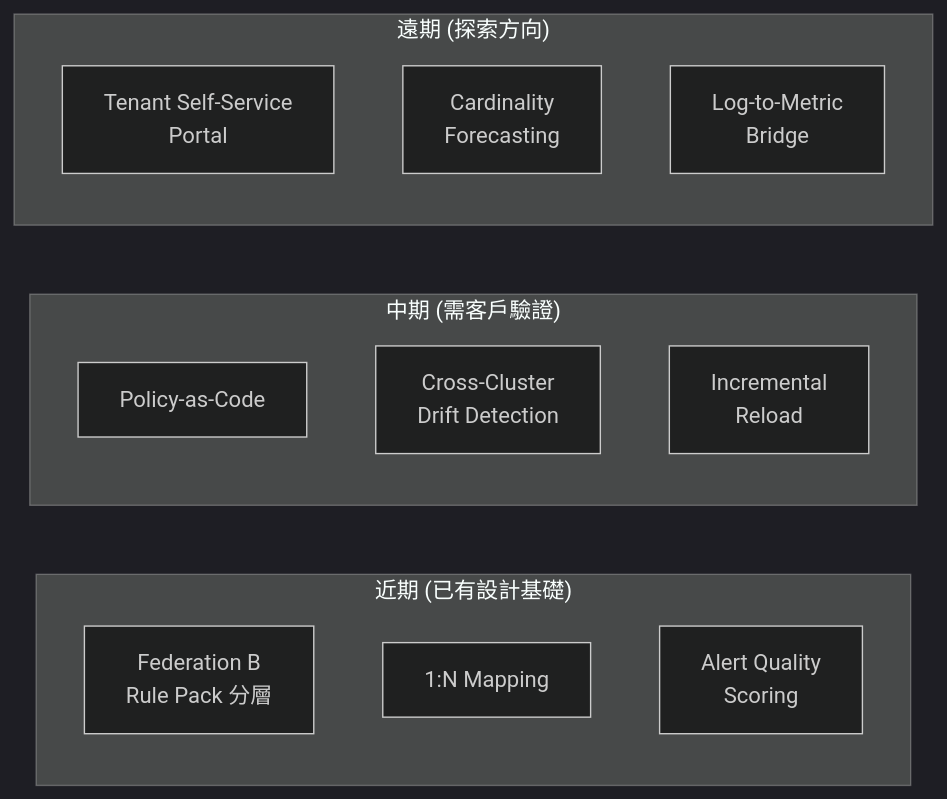
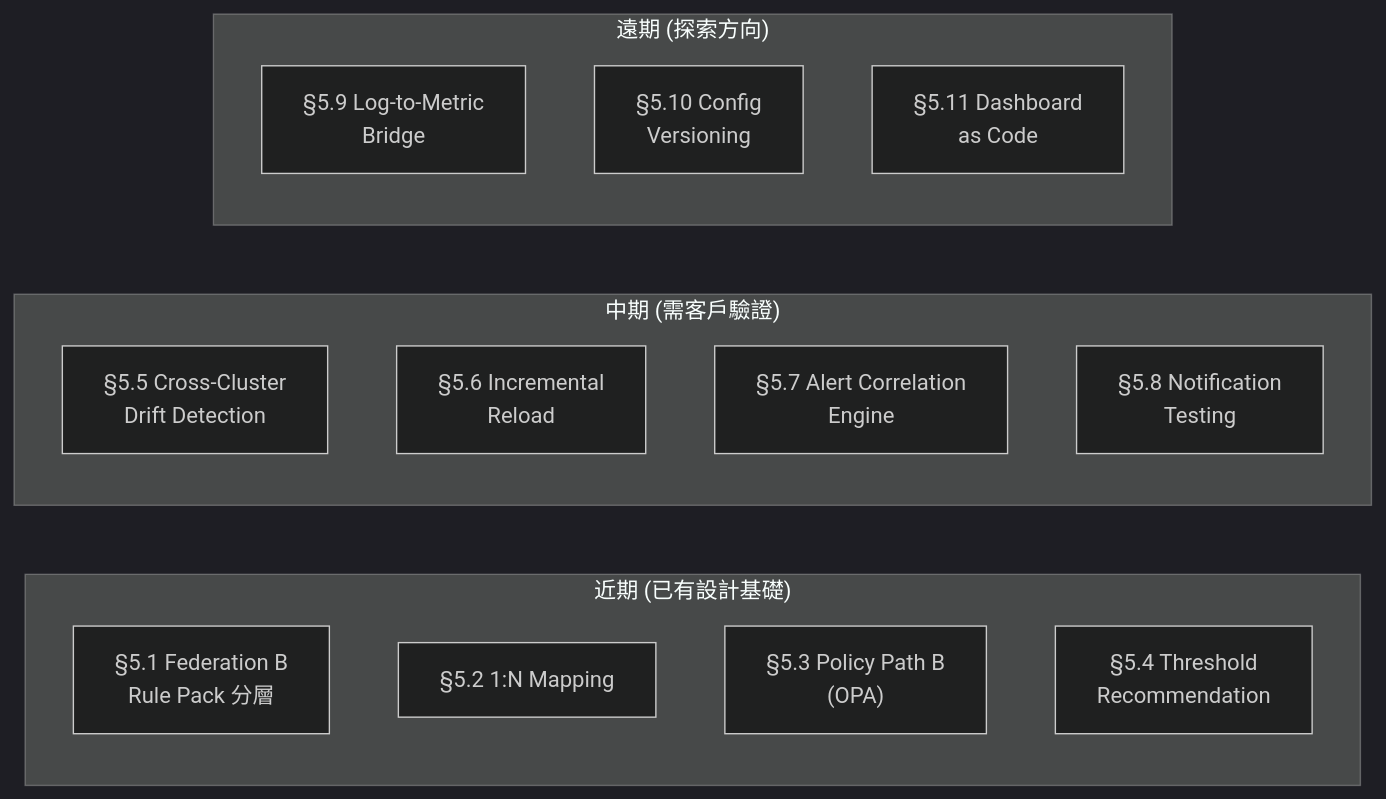
One commit to vencil/Dynamic-Alerting-Integrations changed the third of 3 diagrams in docs/architecture-and-design.md. Above: the diagram before and after it, drawn with Mermaid (dark theme). The commit also changed other lines of this file and 88 other files, not shown here.

````diff
--- a/docs/architecture-and-design.md
+++ b/docs/architecture-and-design.md
@@ -883,18 +885,20 @@
 ```mermaid
 graph LR
     subgraph Near["近期 (已有設計基礎)"]
-        FB["Federation B<br/>Rule Pack 分層"]
-        NM["1:N Mapping"]
-        QS["Alert Quality<br/>Scoring"]
+        FB["§5.1 Federation B<br/>Rule Pack 分層"]
+        NM["§5.2 1:N Mapping"]
+        PB["§5.3 Policy Path B<br/>(OPA)"]
+        TR["§5.4 Threshold<br/>Recommendation"]
     end
     subgraph Mid["中期 (需客戶驗證)"]
-        PS["Policy-as-Code"]
-        CD["Cross-Cluster<br/>Drift Detection"]
-        IR["Incremental<br/>Reload"]
+        CD["§5.5 Cross-Cluster<br/>Drift Detection"]
+        IR["§5.6 Incremental<br/>Reload"]
+        AC["§5.7 Alert Correlation<br/>Engine"]
+        NT["§5.8 Notification<br/>Testing"]
     end
     subgraph Far["遠期 (探索方向)"]
-        SP["Tenant Self-Service<br/>Portal"]
-        CF["Cardinality<br/>Forecasting"]
-        LM["Log-to-Metric<br/>Bridge"]
+        LM["§5.9 Log-to-Metric<br/>Bridge"]
+        CV["§5.10 Config<br/>Versioning"]
+        GD["§5.11 Dashboard<br/>as Code"]
     end
 ```
````
